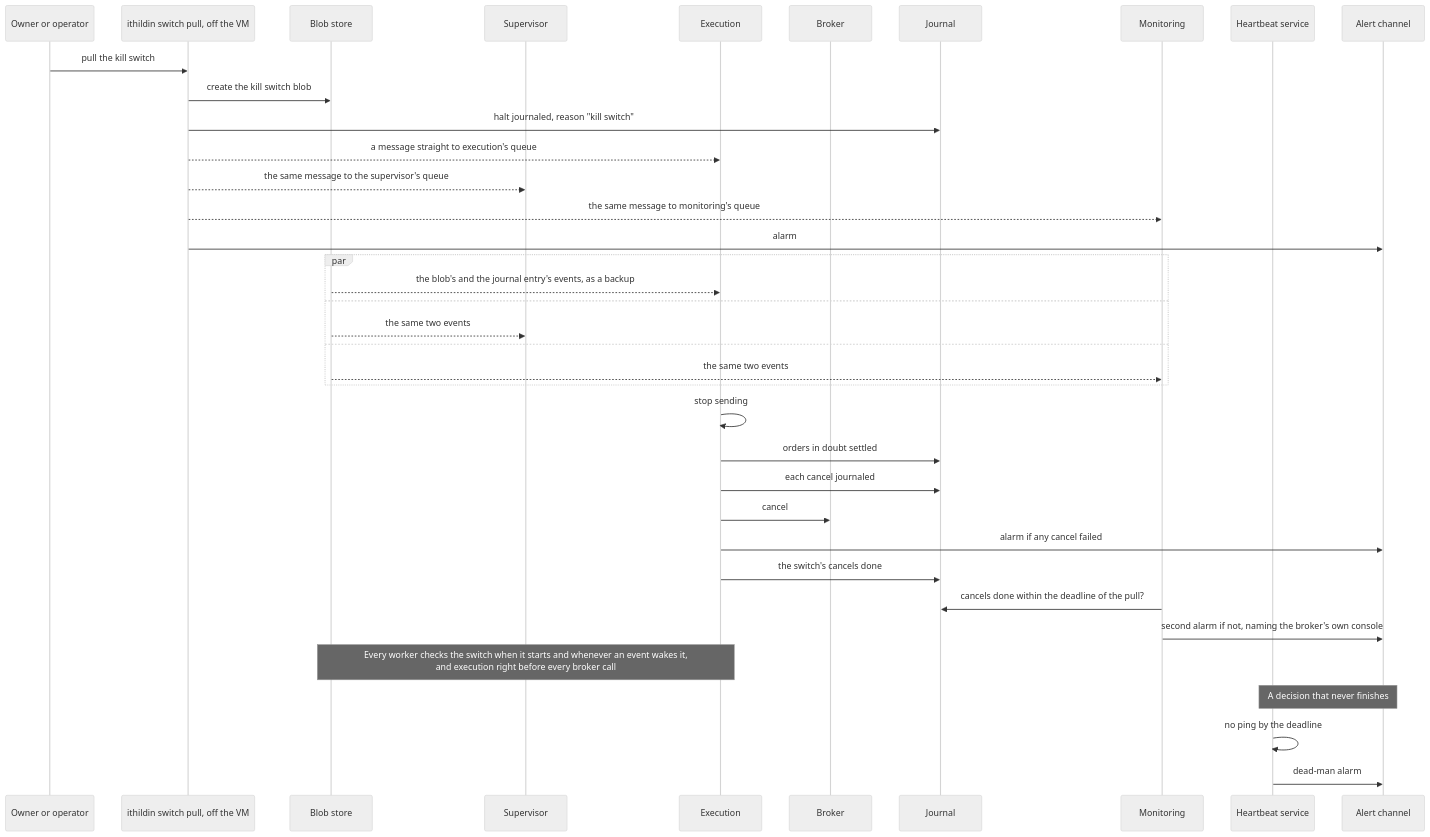
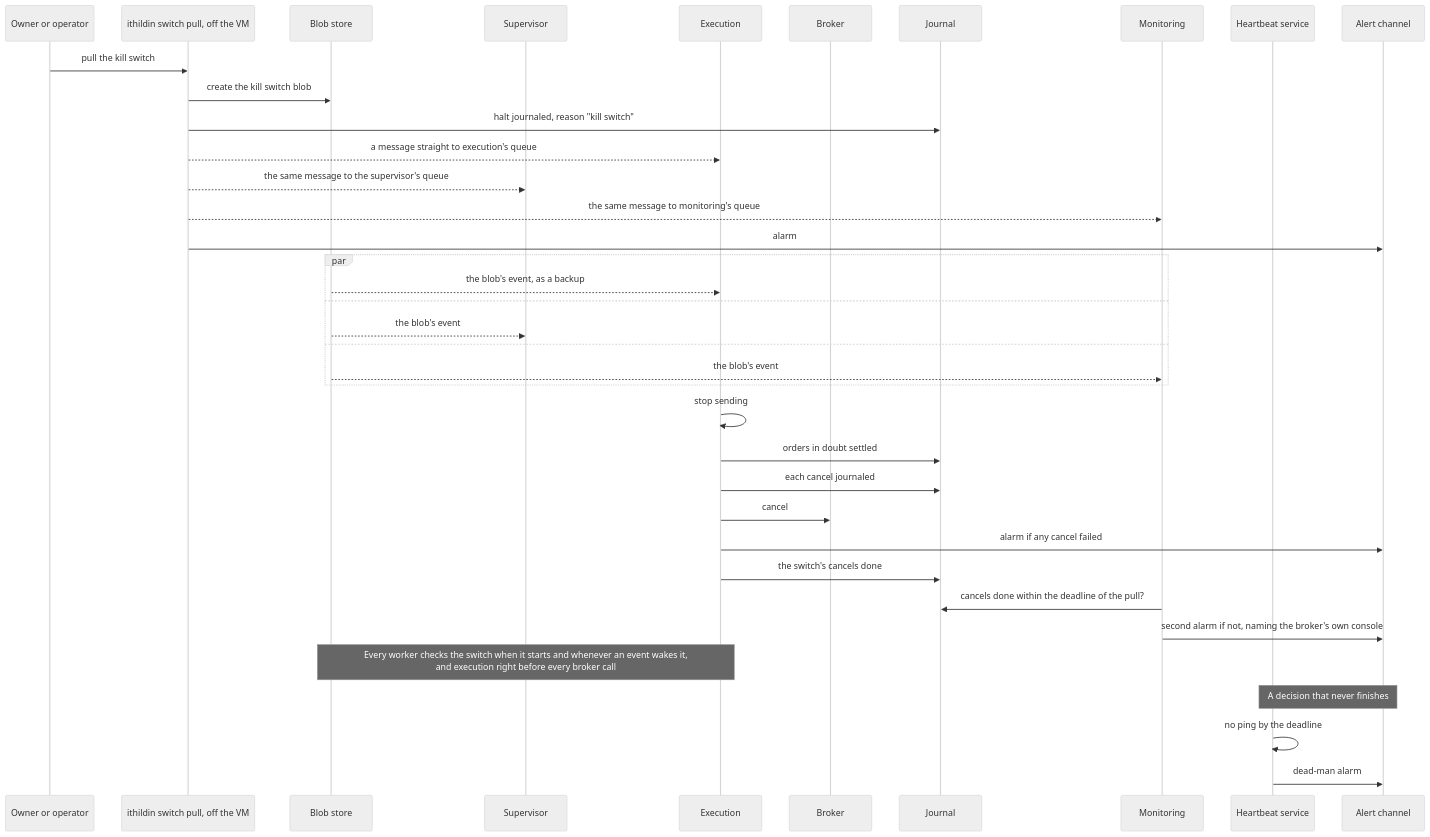
Before and after one commit to l3a0/ithildin-runtime: the ninth of 16 diagrams in docs/architecture.md, drawn with Mermaid (neutral theme). The commit also changed 1 other file, not shown here.

Commit message:
docs: keep only the switch blob's event as the pull's backup
The owner ruled on 2026-10-31 that the blob's S3 event is enough as the
backup for a pull whose message fails, and that routing the journal
entry's event as well is superfluous.

````diff
--- a/docs/architecture.md
+++ b/docs/architecture.md
@@ -834,41 +834,41 @@
 ```mermaid
 sequenceDiagram
     participant P as Owner or operator
     participant K as ithildin switch pull, off the VM
     participant F as Blob store
     participant V as Supervisor
     participant X as Execution
     participant B as Broker
     participant J as Journal
     participant M as Monitoring
     participant H as Heartbeat service
     participant A as Alert channel
 
     P->>K: pull the kill switch
     K->>F: create the kill switch blob
     K->>J: halt journaled, reason "kill switch"
     K-->>X: a message straight to execution's queue
     K-->>V: the same message to the supervisor's queue
     K-->>M: the same message to monitoring's queue
     K->>A: alarm
     par
-        F-->>X: the blob's and the journal entry's events, as a backup
+        F-->>X: the blob's event, as a backup
     and
-        F-->>V: the same two events
+        F-->>V: the blob's event
     and
-        F-->>M: the same two events
+        F-->>M: the blob's event
     end
     X->>X: stop sending
     X->>J: orders in doubt settled
     X->>J: each cancel journaled
     X->>B: cancel
     X->>A: alarm if any cancel failed
     X->>J: the switch's cancels done
     M->>J: cancels done within the deadline of the pull?
     M->>A: second alarm if not, naming the broker's own console
     Note over F,X: Every worker checks the switch when it starts and whenever an event wakes it,<br/>and execution right before every broker call
 
     Note over H,A: A decision that never finishes
     H->>H: no ping by the deadline
     H->>A: dead-man alarm
 ```
````
